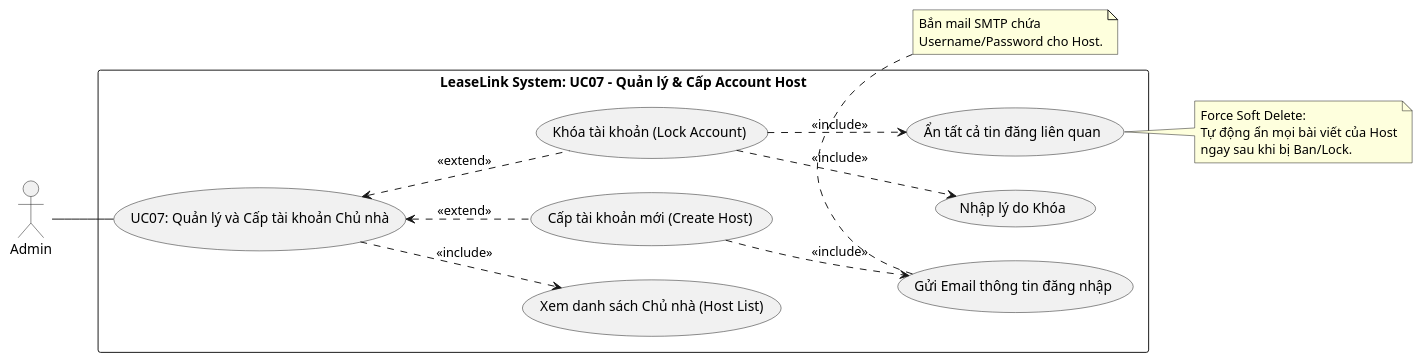
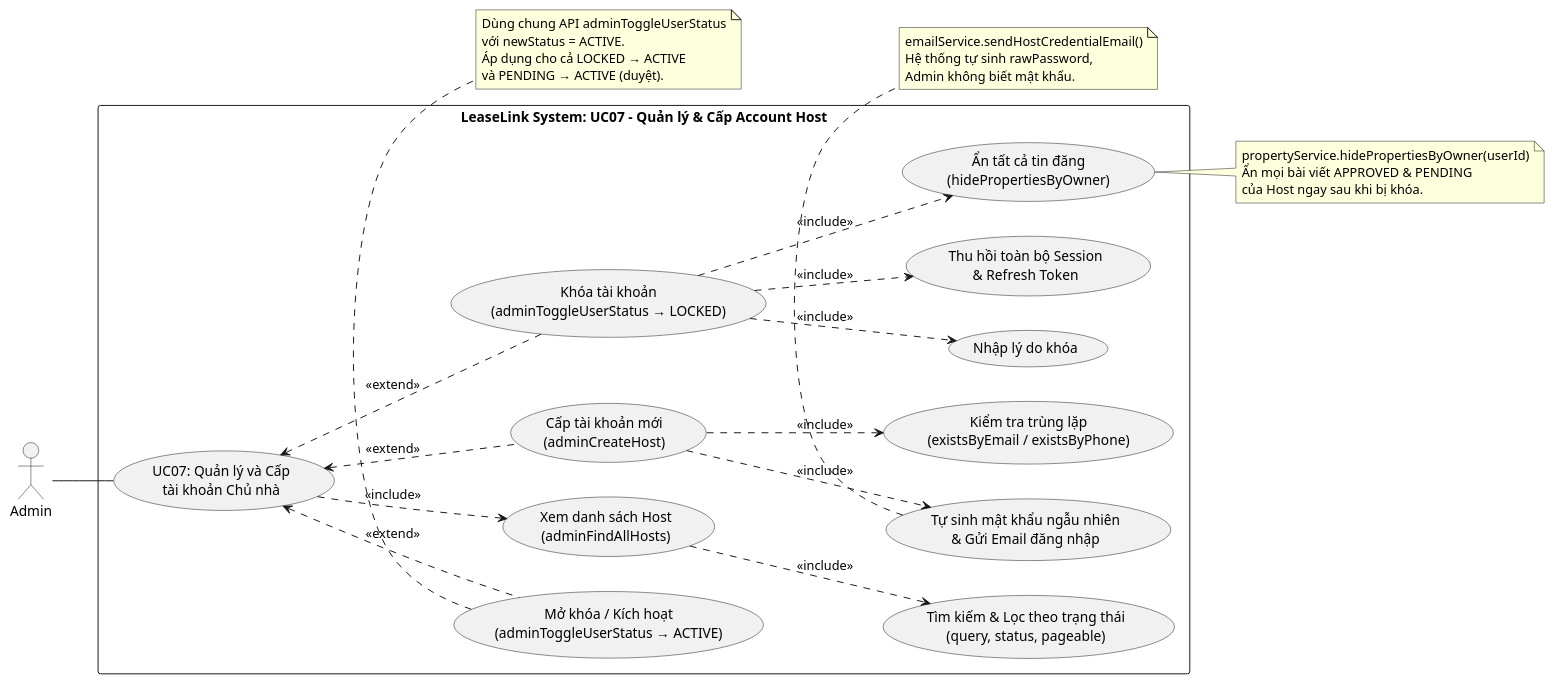
The diagram in src/main/java/vn/hcmute/edu/lequanghung_nguyenthaibao/backend/uml/UC07_QuanLyCapTaiKhoanHost/UC07_QuanLyCapTaiKhoanHost.puml (chishiya2309/LeaseLink-Backend), drawn with PlantUML before and after one commit. The commit also changed 3 other files, not shown here.

```diff
--- a/src/main/java/vn/hcmute/edu/lequanghung_nguyenthaibao/backend/uml/UC07_QuanLyCapTaiKhoanHost/UC07_QuanLyCapTaiKhoanHost.puml
+++ b/src/main/java/vn/hcmute/edu/lequanghung_nguyenthaibao/backend/uml/UC07_QuanLyCapTaiKhoanHost/UC07_QuanLyCapTaiKhoanHost.puml
@@ -1,39 +1,55 @@
 @startuml
 left to right direction
 skinparam packageStyle rectangle
 
 actor Admin
 
 package "LeaseLink System: UC07 - Quản lý & Cấp Account Host" {
-    usecase "UC07: Quản lý và Cấp tài khoản Chủ nhà" as UC07
-    usecase "Xem danh sách Chủ nhà (Host List)" as VIEW_LIST
-    usecase "Cấp tài khoản mới (Create Host)" as CREATE_HOST
-    usecase "Gửi Email thông tin đăng nhập" as SEND_MAIL
-    usecase "Khóa tài khoản (Lock Account)" as LOCK_HOST
-    usecase "Nhập lý do Khóa" as REASON
-    usecase "Ẩn tất cả tin đăng liên quan" as HIDE_POSTS
+    usecase "UC07: Quản lý và Cấp\ntài khoản Chủ nhà" as UC07
+    usecase "Xem danh sách Host\n(adminFindAllHosts)" as VIEW_LIST
+    usecase "Tìm kiếm & Lọc theo trạng thái\n(query, status, pageable)" as SEARCH_FILTER
+    usecase "Cấp tài khoản mới\n(adminCreateHost)" as CREATE_HOST
+    usecase "Kiểm tra trùng lặp\n(existsByEmail / existsByPhone)" as CHECK_DUP
+    usecase "Tự sinh mật khẩu ngẫu nhiên\n& Gửi Email đăng nhập" as SEND_MAIL
+    usecase "Khóa tài khoản\n(adminToggleUserStatus → LOCKED)" as LOCK_HOST
+    usecase "Nhập lý do khóa" as REASON
+    usecase "Thu hồi toàn bộ Session\n& Refresh Token" as REVOKE_SESSION
+    usecase "Ẩn tất cả tin đăng\n(hidePropertiesByOwner)" as HIDE_POSTS
+    usecase "Mở khóa / Kích hoạt\n(adminToggleUserStatus → ACTIVE)" as UNLOCK_HOST
 }
 
 Admin -- UC07
 
 UC07 ..> VIEW_LIST : <<include>>
+VIEW_LIST ..> SEARCH_FILTER : <<include>>
 UC07 <.. CREATE_HOST : <<extend>>
 UC07 <.. LOCK_HOST : <<extend>>
+UC07 <.. UNLOCK_HOST : <<extend>>
 
+CREATE_HOST ..> CHECK_DUP : <<include>>
 CREATE_HOST ..> SEND_MAIL : <<include>>
 
 LOCK_HOST ..> REASON : <<include>>
+LOCK_HOST ..> REVOKE_SESSION : <<include>>
 LOCK_HOST ..> HIDE_POSTS : <<include>>
 
 note right of HIDE_POSTS
-  Force Soft Delete:
-  Tự động ẩn mọi bài viết của Host
-  ngay sau khi bị Ban/Lock.
+  propertyService.hidePropertiesByOwner(userId)
+  Ẩn mọi bài viết APPROVED & PENDING
+  của Host ngay sau khi bị khóa.
 end note
 
 note bottom of SEND_MAIL
-  Bắn mail SMTP chứa
-  Username/Password cho Host.
+  emailService.sendHostCredentialEmail()
+  Hệ thống tự sinh rawPassword,
+  Admin không biết mật khẩu.
+end note
+
+note bottom of UNLOCK_HOST
+  Dùng chung API adminToggleUserStatus
+  với newStatus = ACTIVE.
+  Áp dụng cho cả LOCKED → ACTIVE
+  và PENDING → ACTIVE (duyệt).
 end note
 
 @enduml
```
